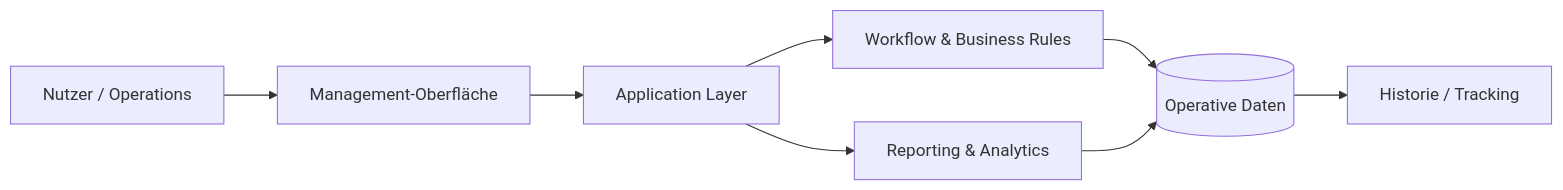
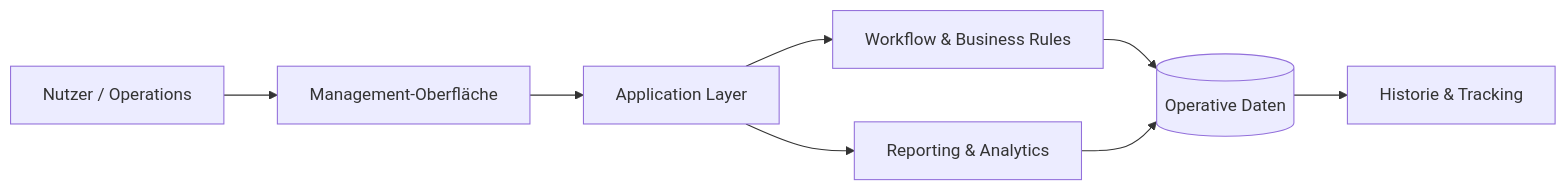
One commit to tahakubilay/mes-management-platform changed the diagram in README.de.md. Above: the diagram before and after it, drawn with Mermaid. The commit also changed other lines of this file, not shown here.

````diff
--- a/README.de.md
+++ b/README.de.md
@@ -75,10 +28,10 @@
 ```mermaid
 flowchart LR
     U[Nutzer / Operations] --> UI[Management-Oberfläche]
     UI --> APP[Application Layer]
     APP --> WF[Workflow & Business Rules]
     APP --> REP[Reporting & Analytics]
     WF --> DATA[(Operative Daten)]
     REP --> DATA
-    DATA --> AUDIT[Historie / Tracking]
+    DATA --> HISTORY[Historie & Tracking]
 ```
````
